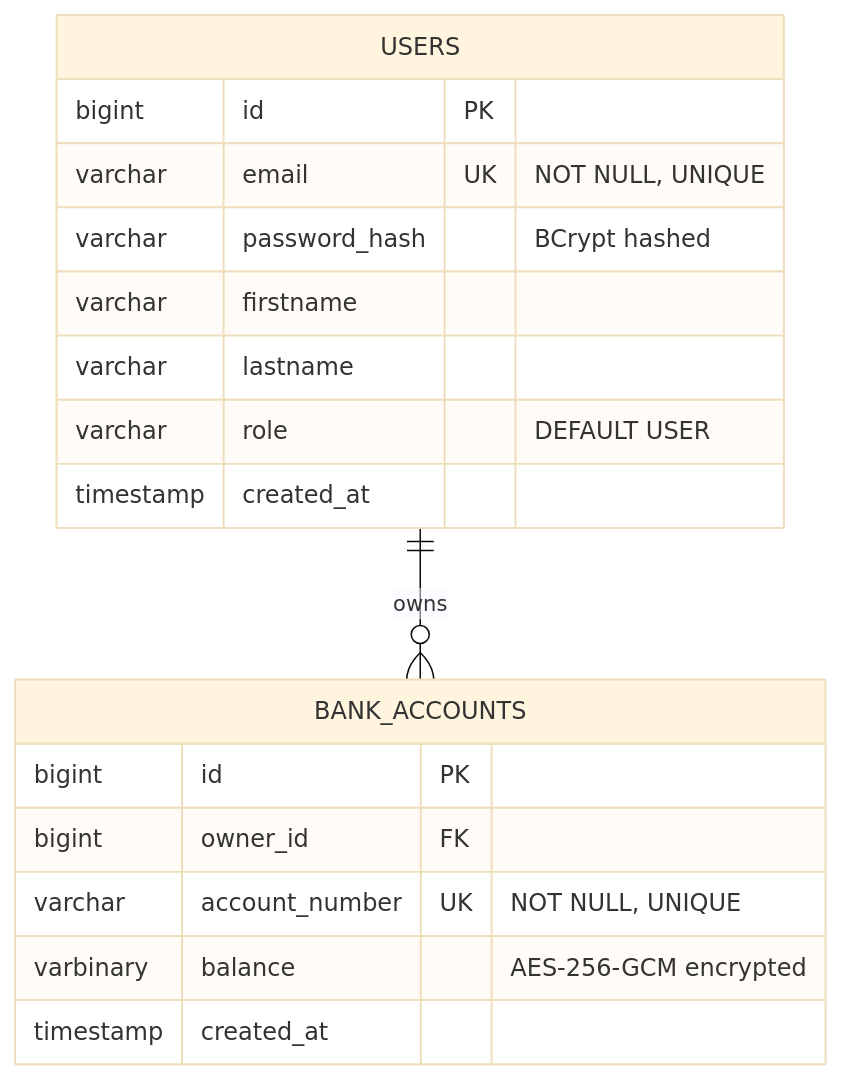
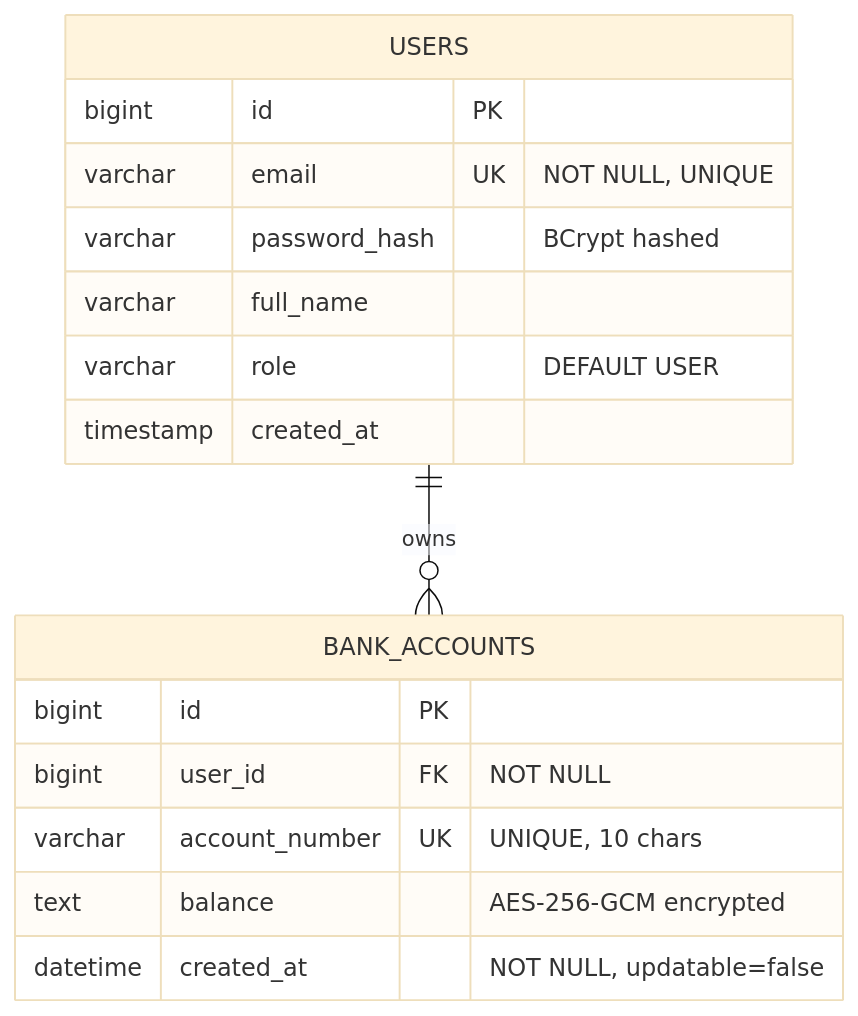
The diagram in README.md (Divinekk/Secure-Banking-API-Prototype-), drawn with Mermaid (base theme) before and after one commit. The commit also changed other lines of this file, not shown here.

First line of the commit message:
Revise database schema and add field details

`````diff
--- a/README.md
+++ b/README.md
@@ -123,22 +123,21 @@
-```mermaid
+````mermaid
 erDiagram
     USERS ||--o{ BANK_ACCOUNTS : owns
     
     USERS {
         bigint id PK
         varchar email UK "NOT NULL, UNIQUE"
         varchar password_hash "BCrypt hashed"
-        varchar firstname
-        varchar lastname
+        varchar full_name
         varchar role "DEFAULT USER"
         timestamp created_at
     }
     
     BANK_ACCOUNTS {
         bigint id PK
-        bigint owner_id FK
-        varchar account_number UK "NOT NULL, UNIQUE"
-        varbinary balance "AES-256-GCM encrypted"
-        timestamp created_at
+        bigint user_id FK "NOT NULL"
+        varchar account_number UK "UNIQUE, 10 chars"
+        text balance "AES-256-GCM encrypted"
+        datetime created_at "NOT NULL, updatable=false"
     }
-```
+````
`````
